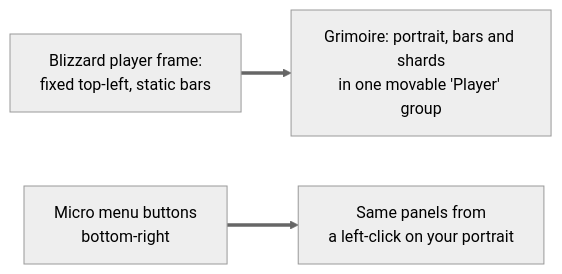
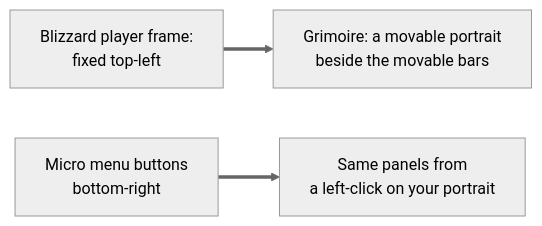
One commit to PhillypHenning/grimoire changed the first of 2 diagrams in docs/features/player-frame/README.md. Above: the diagram before and after it, drawn with Mermaid (neutral theme). The commit also changed other lines of this file and 10 other files, not shown here.

````diff
--- a/docs/features/player-frame/README.md
+++ b/docs/features/player-frame/README.md
@@ -14,5 +14,5 @@
 ```mermaid
 flowchart LR
-    B[Blizzard player frame:<br/>fixed top-left, static bars] ==> G["Grimoire: portrait, bars and shards<br/>in one movable 'Player' group"]
+    B[Blizzard player frame:<br/>fixed top-left] ==> G[Grimoire: a movable portrait<br/>beside the movable bars]
     M[Micro menu buttons<br/>bottom-right] ==> C[Same panels from<br/>a left-click on your portrait]
 ```
````
